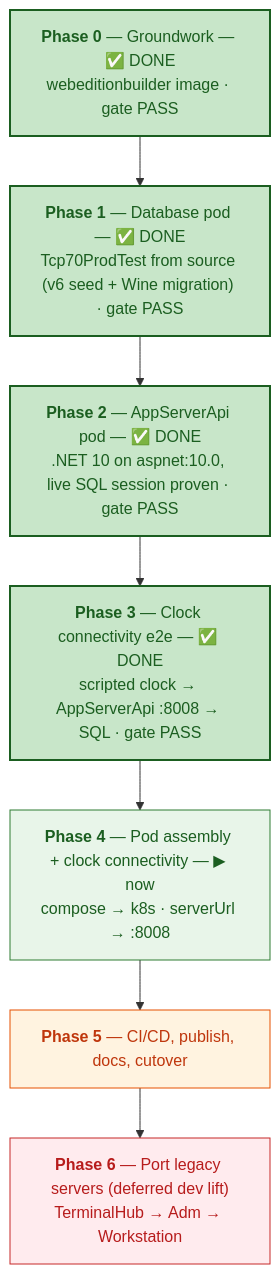
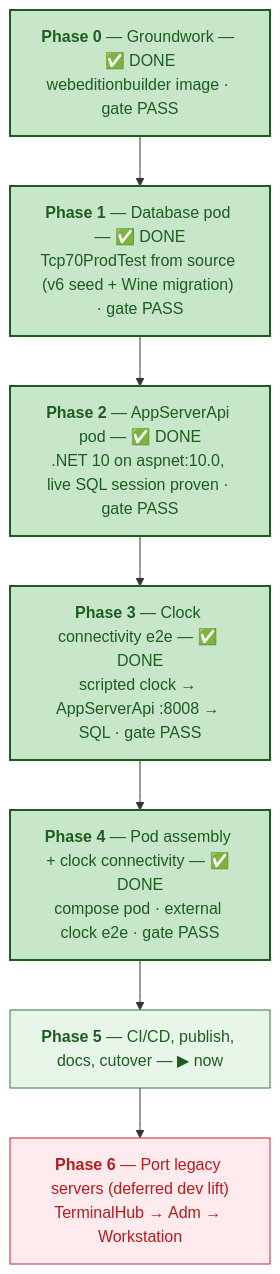
Before and after one commit to tcp-software/win11vbox: the third of 5 diagrams in docs/linux-pod-plan.md, drawn with Mermaid. The commit also changed other lines of this file, not shown here.

Commit message:
linux-pod-plan: Phase 4 DONE (deployable pod + self-contained external clock e2e, gate PASS); Phase 5 now

````diff
--- a/docs/linux-pod-plan.md
+++ b/docs/linux-pod-plan.md
@@ -146,18 +146,18 @@
 ```mermaid
 flowchart TD
     classDef now  fill:#e8f5e9,stroke:#2e7d32,color:#1b5e20;
     classDef lift fill:#ffebee,stroke:#c62828,color:#b71c1c;
     classDef base fill:#fff3e0,stroke:#e65100,color:#bf360c;
 
     classDef done fill:#c8e6c9,stroke:#1b5e20,color:#1b5e20,stroke-width:2px;
 
     P0["<b>Phase 0</b> — Groundwork — ✅ DONE<br/>webeditionbuilder image · gate PASS"]:::done
     P1["<b>Phase 1</b> — Database pod — ✅ DONE<br/>Tcp70ProdTest from source (v6 seed + Wine migration) · gate PASS"]:::done
     P2["<b>Phase 2</b> — AppServerApi pod — ✅ DONE<br/>.NET 10 on aspnet:10.0, live SQL session proven · gate PASS"]:::done
     P3["<b>Phase 3</b> — Clock connectivity e2e — ✅ DONE<br/>scripted clock → AppServerApi :8008 → SQL · gate PASS"]:::done
-    P4["<b>Phase 4</b> — Pod assembly + clock connectivity — ▶ now<br/>compose → k8s · serverUrl → :8008"]:::now
-    P5["<b>Phase 5</b> — CI/CD, publish, docs, cutover"]:::base
+    P4["<b>Phase 4</b> — Pod assembly + clock connectivity — ✅ DONE<br/>compose pod · external clock e2e · gate PASS"]:::done
+    P5["<b>Phase 5</b> — CI/CD, publish, docs, cutover — ▶ now"]:::now
     P6["<b>Phase 6</b> — Port legacy servers (deferred dev lift)<br/>TerminalHub → Adm → Workstation"]:::lift
 
     P0 --> P1 --> P2 --> P3 --> P4 --> P5 --> P6
 ```
````
